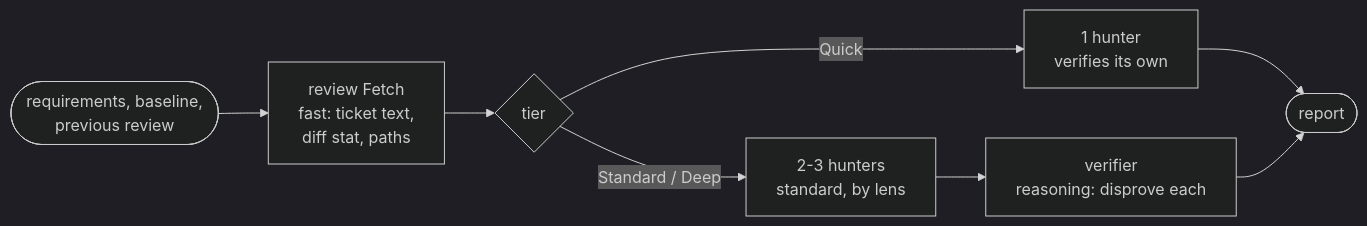
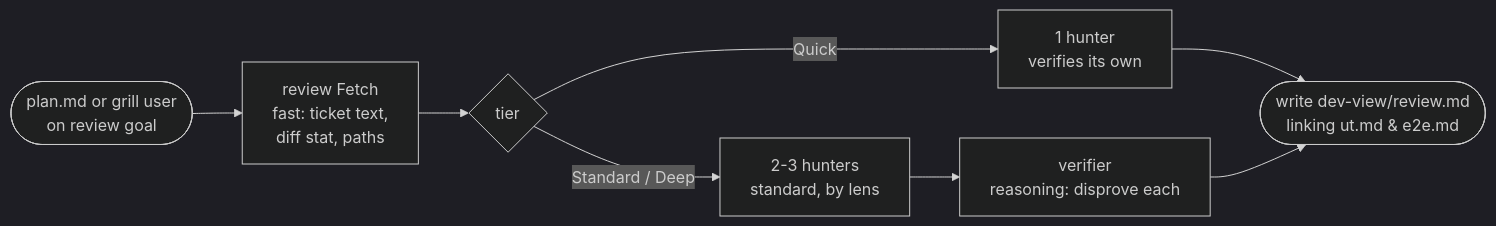
Before and after one commit to le0u0/just-do-it: the diagram in docs/go-review.md, drawn with Mermaid (dark theme). The commit also changed other lines of this file and 82 other files, not shown here.

Commit message:
feat!: replace justaway mode with independent skill storage, go-setup, go-flow, and to-test-doc

````diff
--- a/docs/go-review.md
+++ b/docs/go-review.md
@@ -9,10 +9,10 @@
 ```mermaid
 flowchart LR
-    IN([requirements, baseline,<br/>previous review]) --> G[review Fetch<br/>fast: ticket text,<br/>diff stat, paths]
+    IN([plan.md or grill user<br/>on review goal]) --> G[review Fetch<br/>fast: ticket text,<br/>diff stat, paths]
     G --> T{tier}
     T -->|Quick| Q[1 hunter<br/>verifies its own]
     T -->|Standard / Deep| H[2-3 hunters<br/>standard, by lens]
     H --> V[verifier<br/>reasoning: disprove each]
-    Q --> R([report])
+    Q --> R([write dev-view/review.md<br/>linking ut.md & e2e.md])
     V --> R
 ```
````
